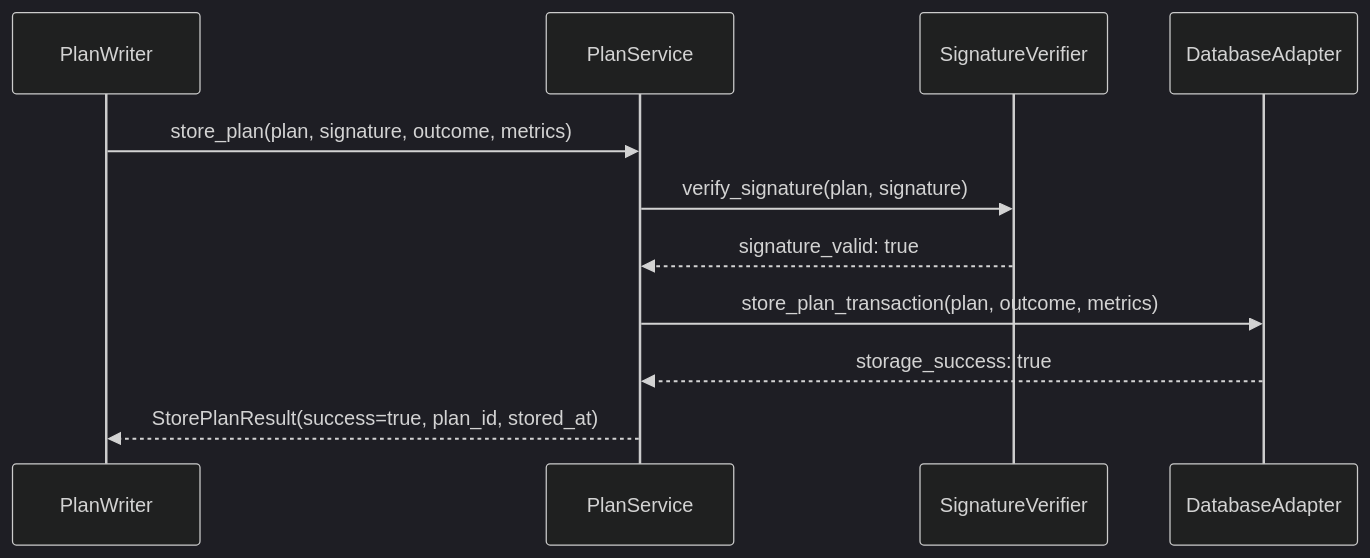
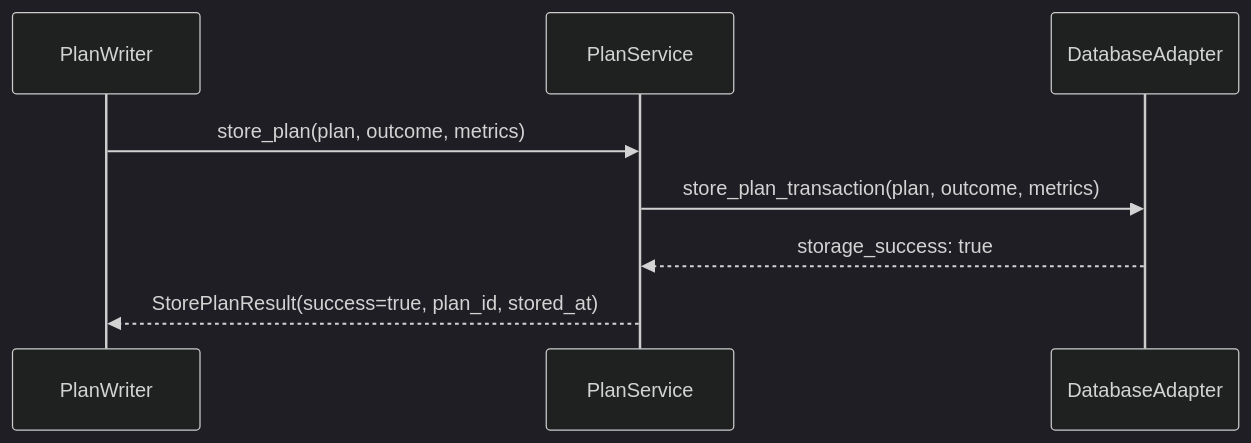
One commit to AnantshreeChandola/Aexor changed the diagram in components/PlanLibrary/LLD.md. Above: the diagram before and after it, drawn with Mermaid (dark theme). The commit also changed other lines of this file and 74 other files, not shown here.

````diff
--- a/components/PlanLibrary/LLD.md
+++ b/components/PlanLibrary/LLD.md
@@ -229,14 +226,11 @@
 ```mermaid
 sequenceDiagram
     participant PW as PlanWriter
     participant PS as PlanService
-    participant SV as SignatureVerifier
     participant DA as DatabaseAdapter
 
-    PW->>PS: store_plan(plan, signature, outcome, metrics)
-    PS->>SV: verify_signature(plan, signature)
-    SV-->>PS: signature_valid: true
+    PW->>PS: store_plan(plan, outcome, metrics)
     PS->>DA: store_plan_transaction(plan, outcome, metrics)
     DA-->>PS: storage_success: true
     PS-->>PW: StorePlanResult(success=true, plan_id, stored_at)
 ```
````
